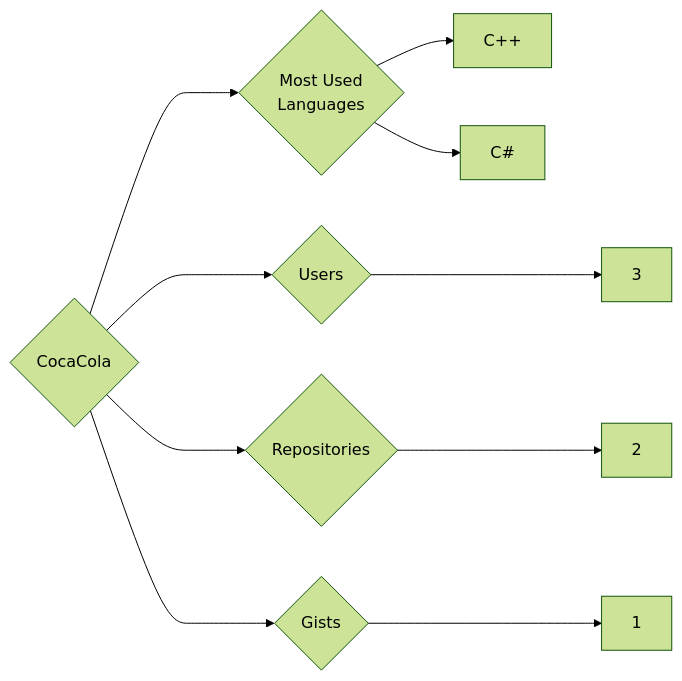
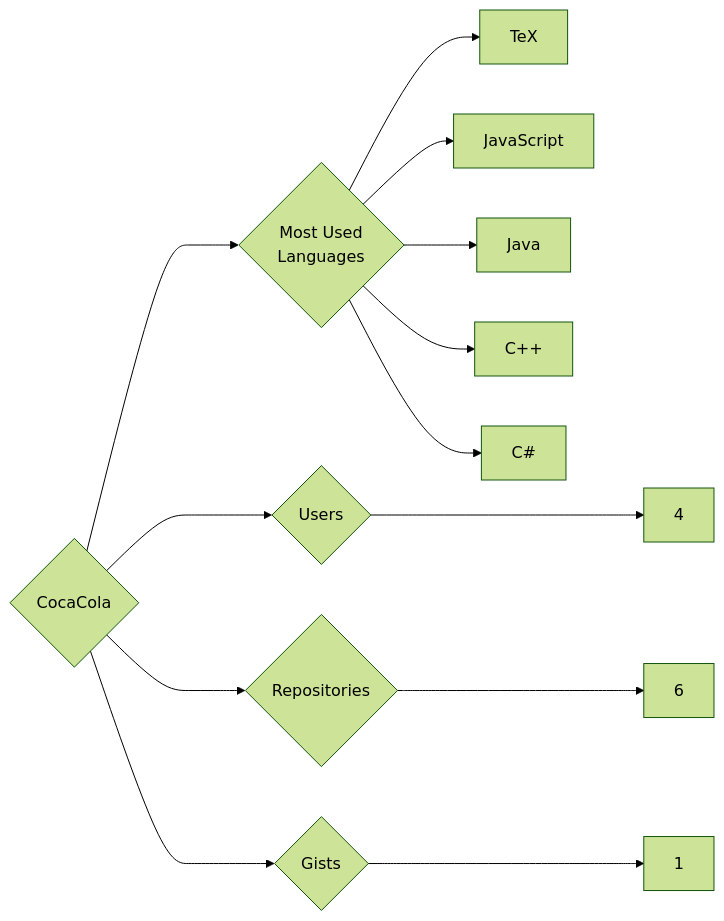
Before and after one commit to trickest/insiders: the diagram in targets/CocaCola/README.md, drawn with Mermaid (forest theme). The commit also changed 679 other files, not shown here.

````diff
--- a/targets/CocaCola/README.md
+++ b/targets/CocaCola/README.md
@@ -3,10 +3,13 @@
 ```mermaid
 graph LR
 COMPANY_NAME{CocaCola}
-COMPANY_NAME ---> U{Users} ---> UN[3]
-COMPANY_NAME ---> R{Repositories} ---> RN[2]
+COMPANY_NAME ---> U{Users} ---> UN[4]
+COMPANY_NAME ---> R{Repositories} ---> RN[6]
 COMPANY_NAME ---> G{Gists} ---> GN[1]
 COMPANY_NAME ---> ML{Most Used<br>Languages}
+ML --> TeX[TeX]
+ML --> JavaScript[JavaScript]
+ML --> Java[Java]
 ML --> C++[C++]
 ML --> C#[C#]
 ```
````
